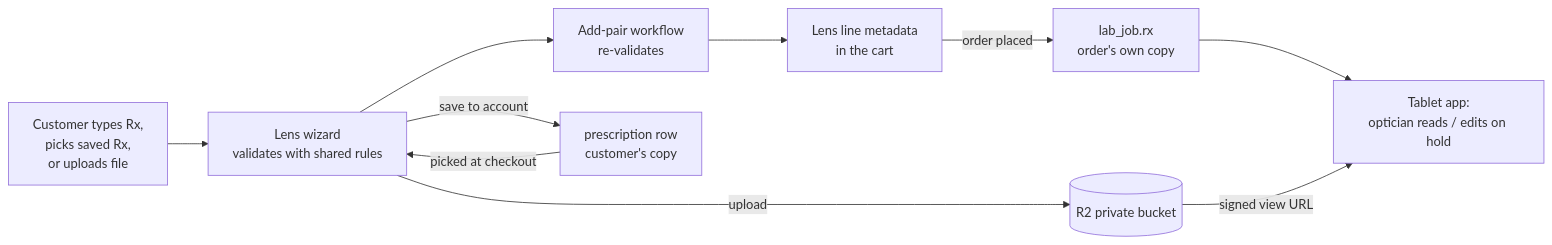
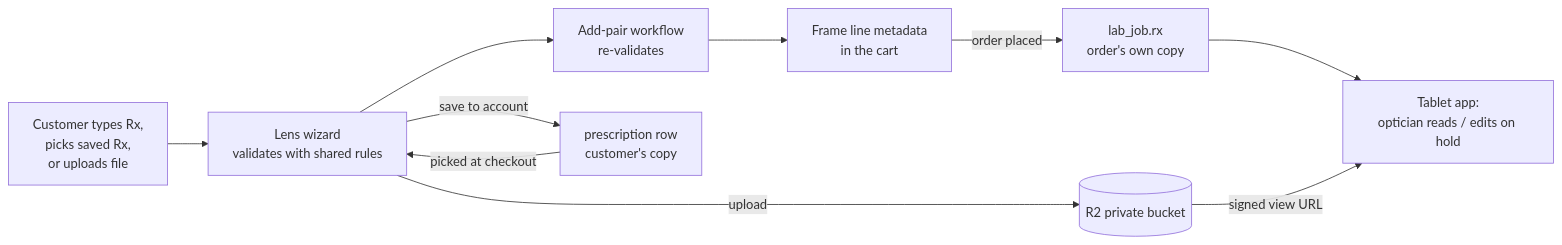
One commit to jocuri0427/DonFiel changed the sixth of 7 diagrams in project_scope.md. Above: the diagram before and after it, drawn with Mermaid. The commit also changed other lines of this file, not shown here.

````diff
--- a/project_scope.md
+++ b/project_scope.md
@@ -1009,12 +1031,12 @@
 ```mermaid
 flowchart LR
     A[Customer types Rx,<br/>picks saved Rx,<br/>or uploads file] --> B[Lens wizard<br/>validates with shared rules]
     B -->|upload| R2[(R2 private bucket)]
     B --> C[Add-pair workflow<br/>re-validates]
-    C --> D[Lens line metadata<br/>in the cart]
+    C --> D[Frame line metadata<br/>in the cart]
     D -->|order placed| E[lab_job.rx<br/>order's own copy]
     B -->|save to account| F[prescription row<br/>customer's copy]
     F -->|picked at checkout| B
     E --> G[Tablet app:<br/>optician reads / edits on hold]
     R2 -->|signed view URL| G
 ```
````
